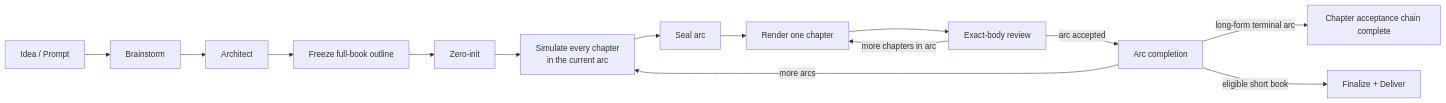
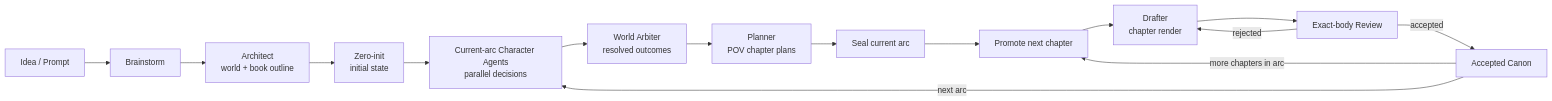
The diagram in README_EN.md (Xiaoyangy/novel-studio), drawn with Mermaid before and after one commit. The commit also changed other lines of this file and 1 other file, not shown here.

````diff
--- a/README_EN.md
+++ b/README_EN.md
@@ -166,16 +144,17 @@
 ```mermaid
 flowchart LR
-    P["Idea / Prompt"] --> B["Brainstorm"]
-    B --> A["Architect"]
-    A --> O["Freeze full-book outline"]
-    O --> Z["Zero-init"]
-    Z --> AP["Simulate every chapter<br/>in the current arc"]
-    AP --> S["Seal arc"]
-    S --> R["Render one chapter"]
-    R --> Q["Exact-body review"]
-    Q -->|more chapters in arc| R
-    Q -->|arc accepted| C["Arc completion"]
-    C -->|more arcs| AP
-    C -->|long-form terminal arc| F["Chapter acceptance chain complete"]
-    C -->|eligible short book| SF["Finalize + Deliver"]
+    I["Idea / Prompt"] --> B["Brainstorm"]
+    B --> A["Architect<br/>world + book outline"]
+    A --> Z["Zero-init<br/>initial state"]
+    Z --> C["Current-arc Character Agents<br/>parallel decisions"]
+    C --> W["World Arbiter<br/>resolved outcomes"]
+    W --> P["Planner<br/>POV chapter plans"]
+    P --> S["Seal current arc"]
+    S --> M["Promote next chapter"]
+    M --> D["Drafter<br/>chapter render"]
+    D --> R["Exact-body Review"]
+    R -->|accepted| K["Accepted Canon"]
+    R -->|rejected| D
+    K -->|more chapters in arc| M
+    K -->|next arc| C
 ```
````
